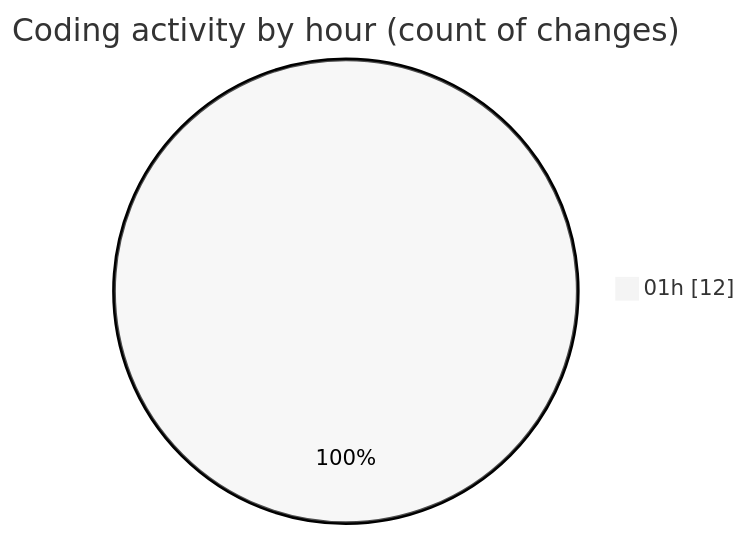
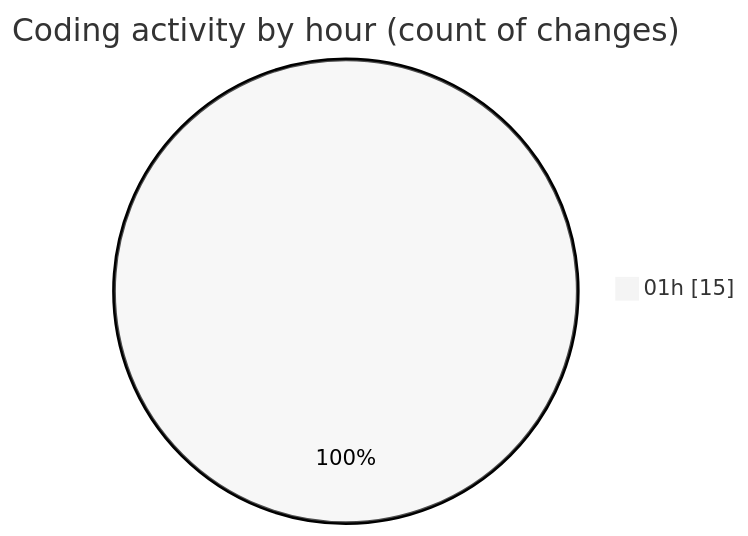
One commit to JenPaints/code-tracking changed the second of 2 diagrams in 2025-06-20/3d-gsap-scroll-template-main/README.md. Above: the diagram before and after it, drawn with Mermaid (neutral theme). The commit also changed other lines of this file and 1 other file, not shown here.

````diff
--- a/2025-06-20/3d-gsap-scroll-template-main/README.md
+++ b/2025-06-20/3d-gsap-scroll-template-main/README.md
@@ -30,5 +30,5 @@
 ```mermaid
 pie showData
 title Coding activity by hour (count of changes)
-"01h" : 12
+"01h" : 15
 ```
````
